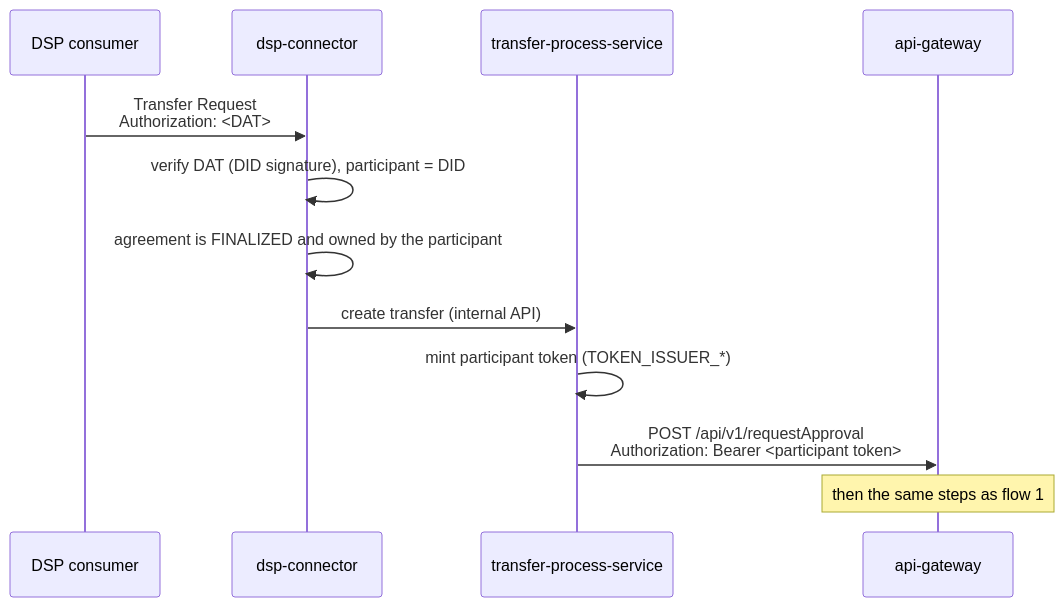
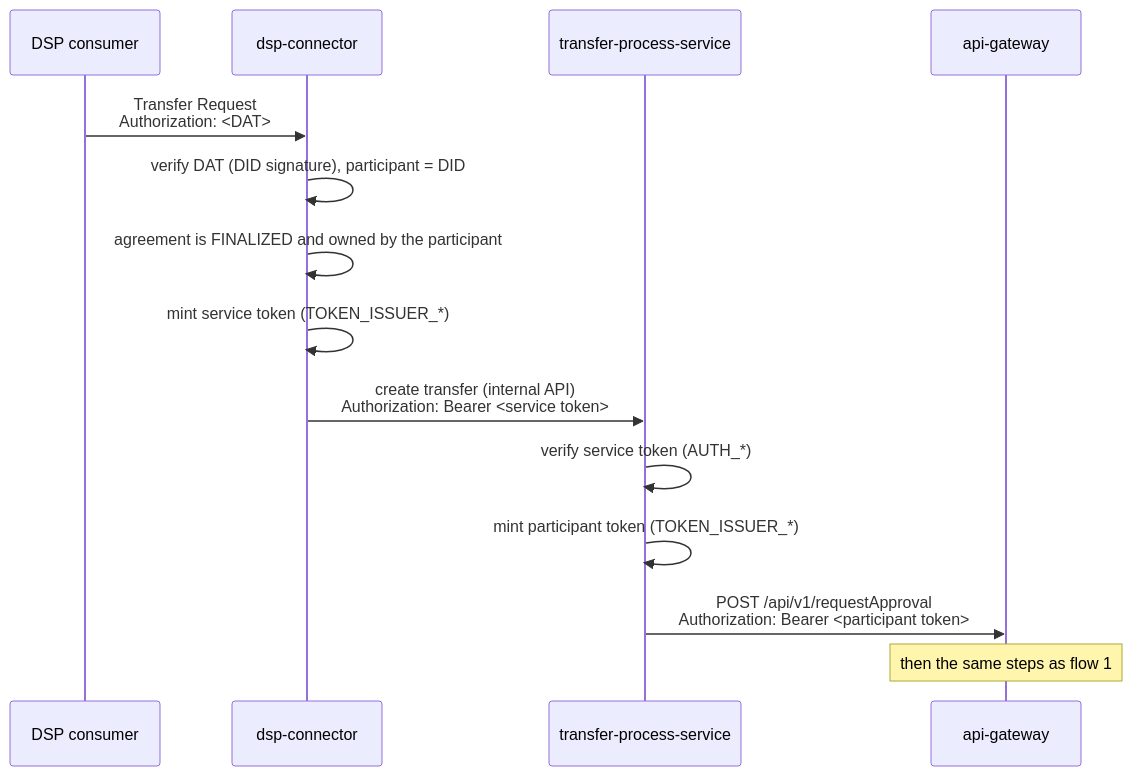
Before and after one commit to DYNAMOS-UVA/DYNAMOS: the second of 2 diagrams in docs/development_guide/Auth/Flows.md, drawn with Mermaid. The commit also changed other lines of this file and 28 other files, not shown here.

Commit message:
fix: require dsp-connector service tokens on the transfer-process-service internal API

````diff
--- a/docs/development_guide/Auth/Flows.md
+++ b/docs/development_guide/Auth/Flows.md
@@ -47,14 +47,16 @@
 ```mermaid
 sequenceDiagram
     participant C as DSP consumer
     participant D as dsp-connector
     participant T as transfer-process-service
     participant G as api-gateway
     C->>D: Transfer Request<br/>Authorization: <DAT>
     D->>D: verify DAT (DID signature), participant = DID
     D->>D: agreement is FINALIZED and owned by the participant
-    D->>T: create transfer (internal API)
+    D->>D: mint service token (TOKEN_ISSUER_*)
+    D->>T: create transfer (internal API)<br/>Authorization: Bearer <service token>
+    T->>T: verify service token (AUTH_*)
     T->>T: mint participant token (TOKEN_ISSUER_*)
     T->>G: POST /api/v1/requestApproval<br/>Authorization: Bearer <participant token>
     Note over G: then the same steps as flow 1
 ```
````
